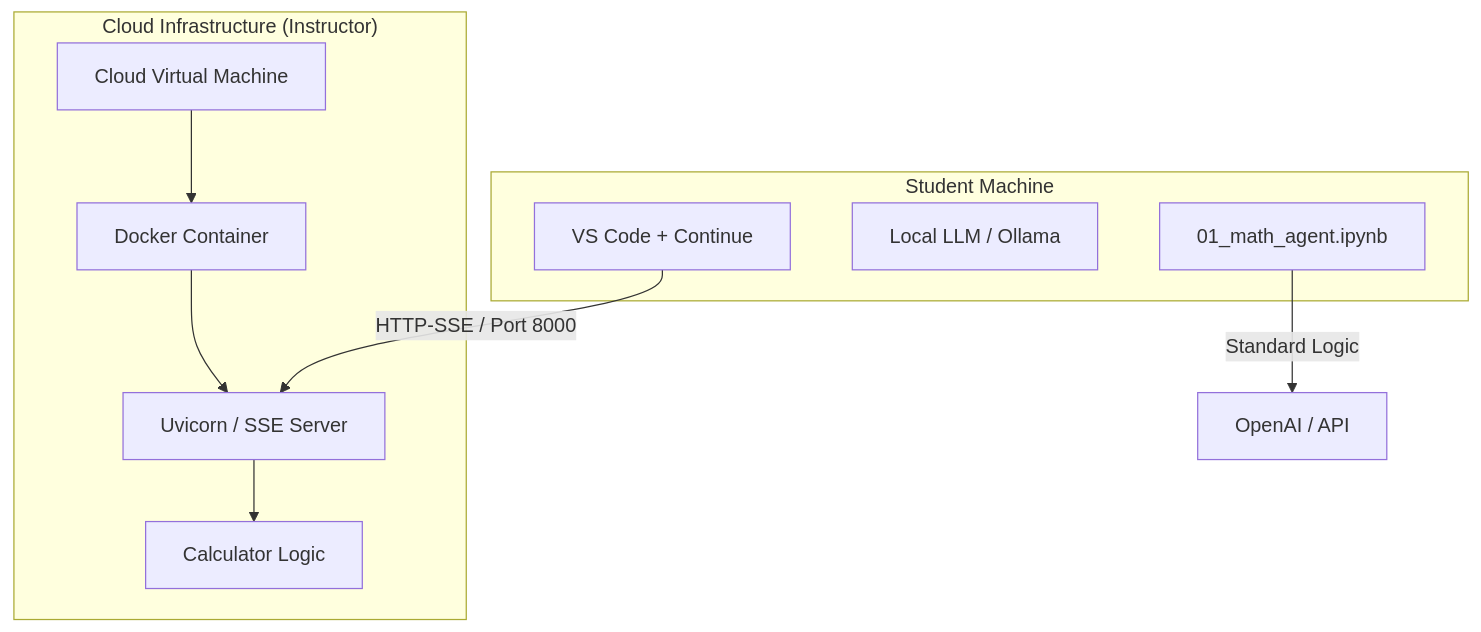
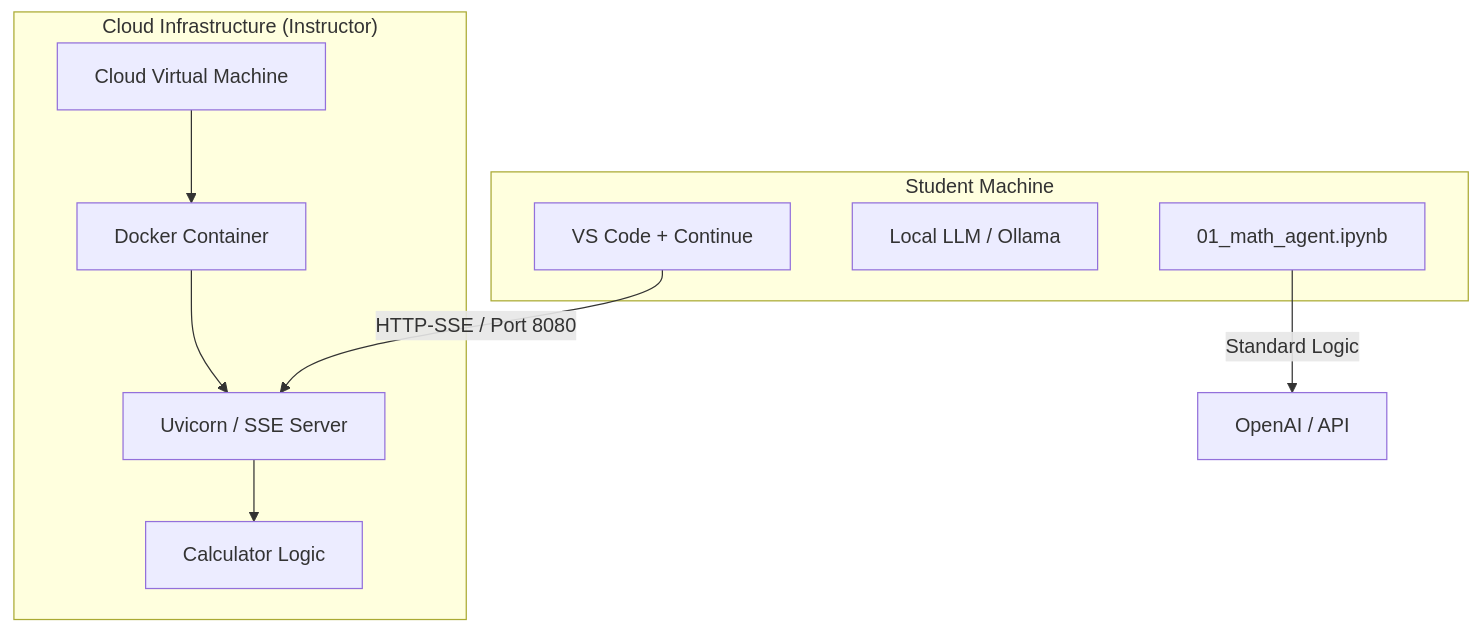
Before and after one commit to iportilla/calculator: the first of 2 diagrams in README.md, drawn with Mermaid.

````diff
--- a/README.md
+++ b/README.md
@@ -9,22 +9,22 @@
 ```mermaid
 graph TB
     subgraph "Cloud Infrastructure (Instructor)"
         VM[Cloud Virtual Machine]
         Docker[Docker Container]
         Uvicorn[Uvicorn / SSE Server]
         CalcTool[Calculator Logic]
         
         VM --> Docker
         Docker --> Uvicorn
         Uvicorn --> CalcTool
     end
 
     subgraph "Student Machine"
         VSCode[VS Code + Continue]
         LLM[Local LLM / Ollama]
         NB[01_math_agent.ipynb]
     end
 
-    VSCode -- "HTTP-SSE / Port 8000" --> Uvicorn
+    VSCode -- "HTTP-SSE / Port 8080" --> Uvicorn
     NB -- "Standard Logic" --> OpenAI[OpenAI / API]
 ```
````
